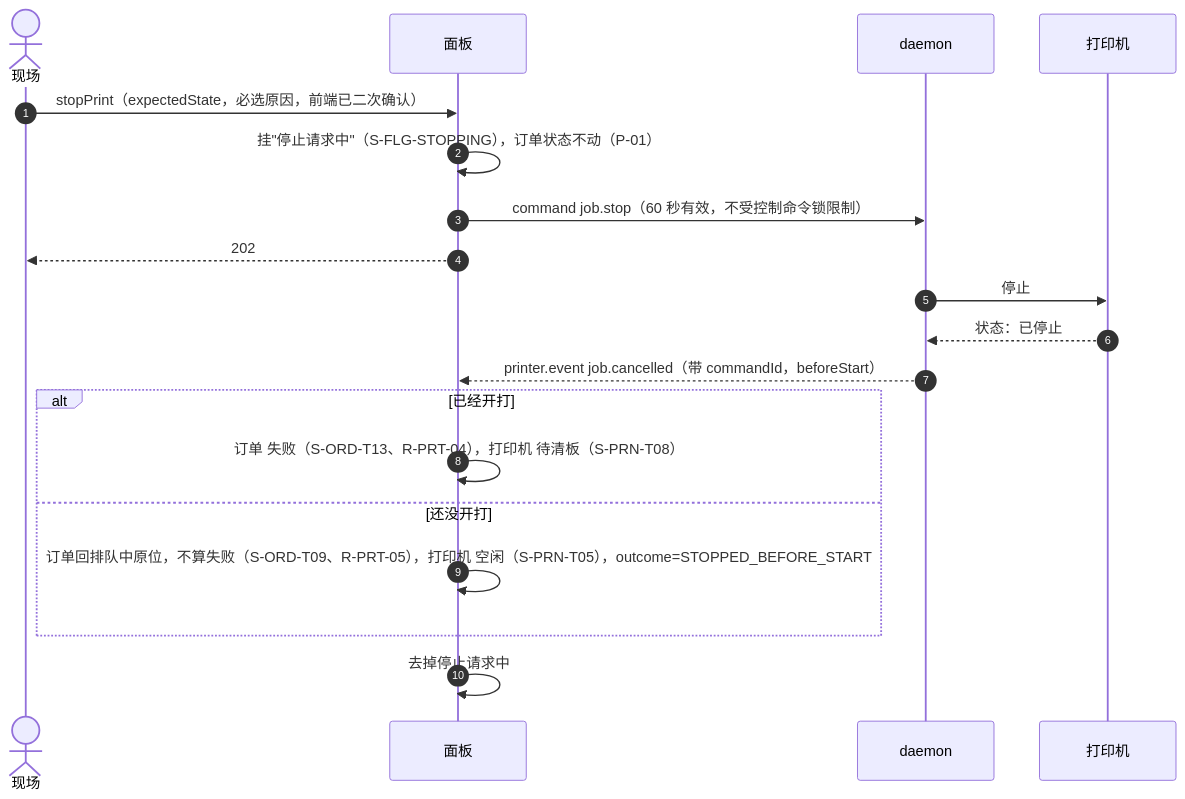
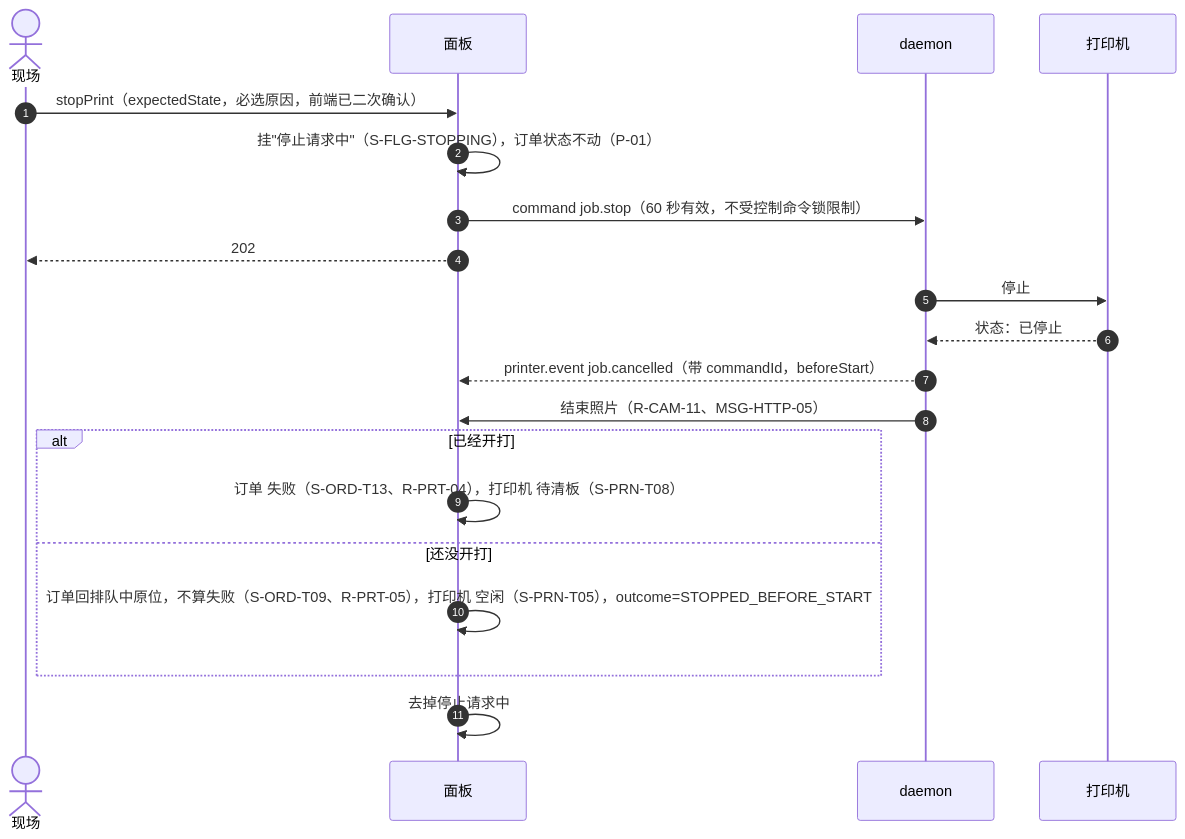
The fourth of 11 diagrams in docs/design/03-sequences.md (PlateRelay/PlateRelay), drawn with Mermaid before and after one commit. The commit also changed other lines of this file, not shown here.

First line of the commit message:
docs(design): add end photos and device-side stop to sequences

````diff
--- a/docs/design/03-sequences.md
+++ b/docs/design/03-sequences.md
@@ -160,21 +160,22 @@
 ```mermaid
 sequenceDiagram
   autonumber
   actor S as 现场
   participant P as 面板
   participant D as daemon
   participant R as 打印机
   S->>P: stopPrint（expectedState，必选原因，前端已二次确认）
   P->>P: 挂"停止请求中"（S-FLG-STOPPING），订单状态不动（P-01）
   P->>D: command job.stop（60 秒有效，不受控制命令锁限制）
   P-->>S: 202
   D->>R: 停止
   R-->>D: 状态：已停止
   D-->>P: printer.event job.cancelled（带 commandId，beforeStart）
+  D->>P: 结束照片（R-CAM-11、MSG-HTTP-05）
   alt 已经开打
     P->>P: 订单 失败（S-ORD-T13、R-PRT-04），打印机 待清板（S-PRN-T08）
   else 还没开打
     P->>P: 订单回排队中原位，不算失败（S-ORD-T09、R-PRT-05），打印机 空闲（S-PRN-T05），outcome=STOPPED_BEFORE_START
   end
   P->>P: 去掉停止请求中
 ```
````
